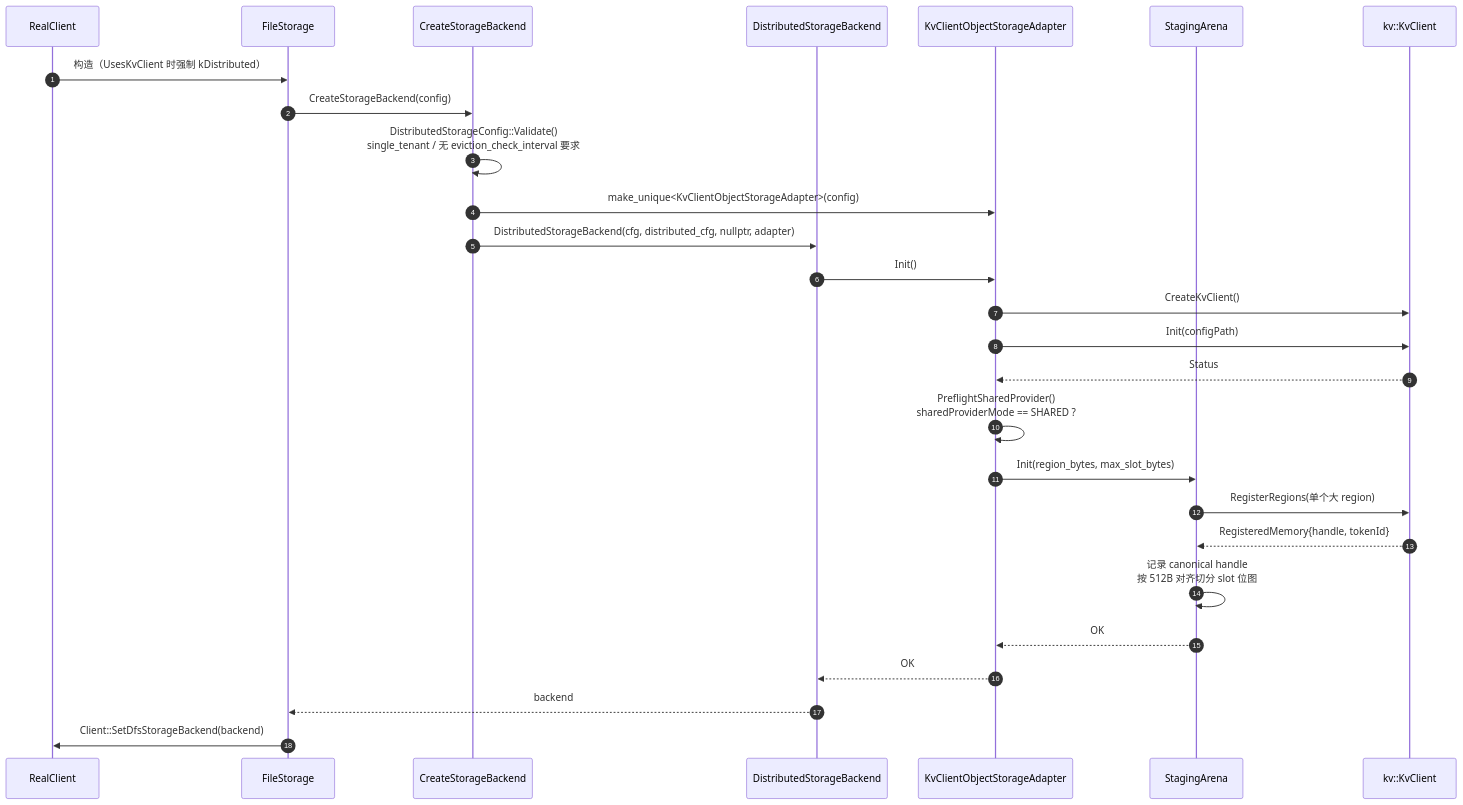
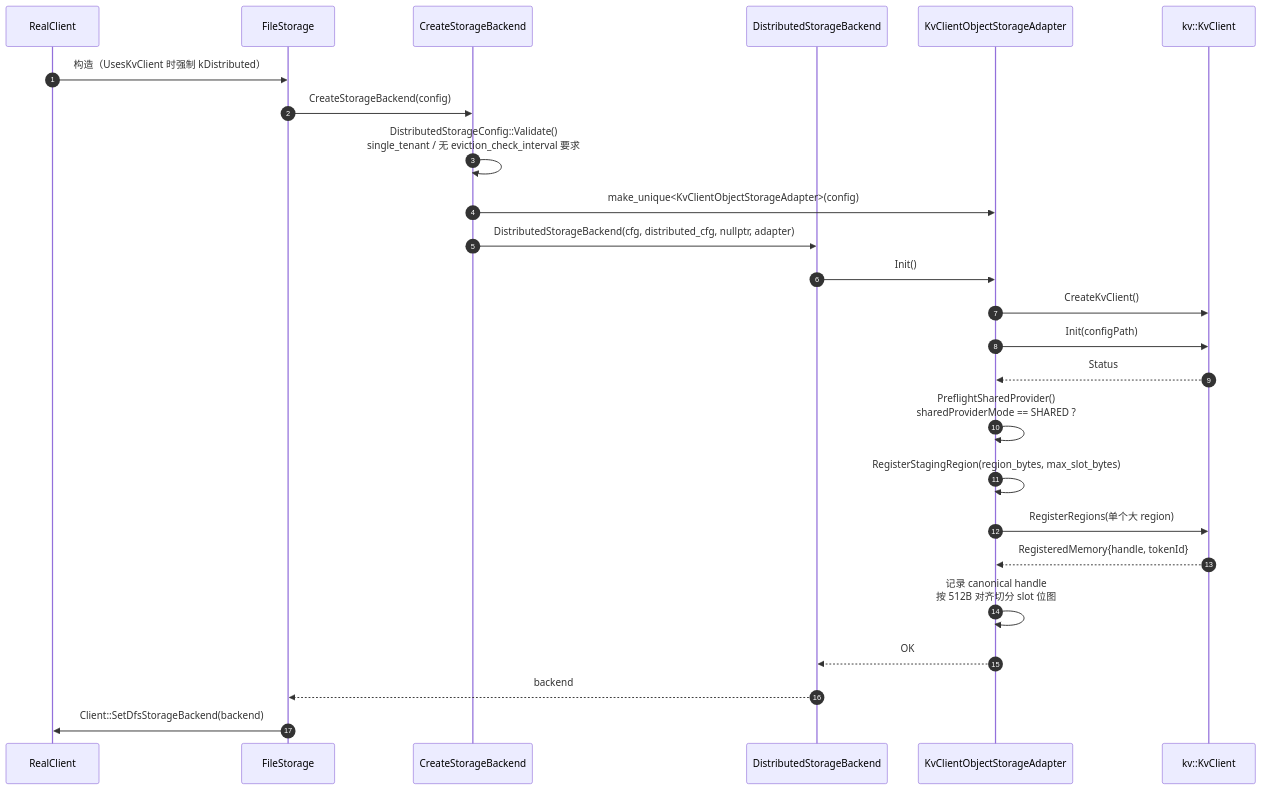
Before and after one commit to zwj20000328-dotcom/Mooncake-documents: the eighth of 13 diagrams in Mooncake + KVClient L3 接入（Kvcs）- v3.md, drawn with Mermaid. The commit also changed other lines of this file, not shown here.

First line of the commit message:
docs: fold StagingArena into KvClientObjectStorageAdapter slot management

````diff
--- a/Mooncake + KVClient L3 接入（Kvcs）- v3.md
+++ b/Mooncake + KVClient L3 接入（Kvcs）- v3.md
@@ -558,30 +564,28 @@
 ```mermaid
 sequenceDiagram
     autonumber
     participant RC as RealClient
     participant FS as FileStorage
     participant F as CreateStorageBackend
     participant BE as DistributedStorageBackend
     participant AD as KvClientObjectStorageAdapter
-    participant AR as StagingArena
     participant SDK as kv::KvClient
 
     RC->>FS: 构造（UsesKvClient 时强制 kDistributed）
     FS->>F: CreateStorageBackend(config)
     F->>F: DistributedStorageConfig::Validate()<br/>single_tenant / 无 eviction_check_interval 要求
     F->>AD: make_unique<KvClientObjectStorageAdapter>(config)
     F->>BE: DistributedStorageBackend(cfg, distributed_cfg, nullptr, adapter)
     BE->>AD: Init()
     AD->>SDK: CreateKvClient()
     AD->>SDK: Init(configPath)
     SDK-->>AD: Status
     AD->>AD: PreflightSharedProvider()<br/>sharedProviderMode == SHARED ?
-    AD->>AR: Init(region_bytes, max_slot_bytes)
-    AR->>SDK: RegisterRegions(单个大 region)
-    SDK-->>AR: RegisteredMemory{handle, tokenId}
-    AR->>AR: 记录 canonical handle<br/>按 512B 对齐切分 slot 位图
-    AR-->>AD: OK
+    AD->>AD: RegisterStagingRegion(region_bytes, max_slot_bytes)
+    AD->>SDK: RegisterRegions(单个大 region)
+    SDK-->>AD: RegisteredMemory{handle, tokenId}
+    AD->>AD: 记录 canonical handle<br/>按 512B 对齐切分 slot 位图
     AD-->>BE: OK
     BE-->>FS: backend
     FS->>RC: Client::SetDfsStorageBackend(backend)
 ```
````
